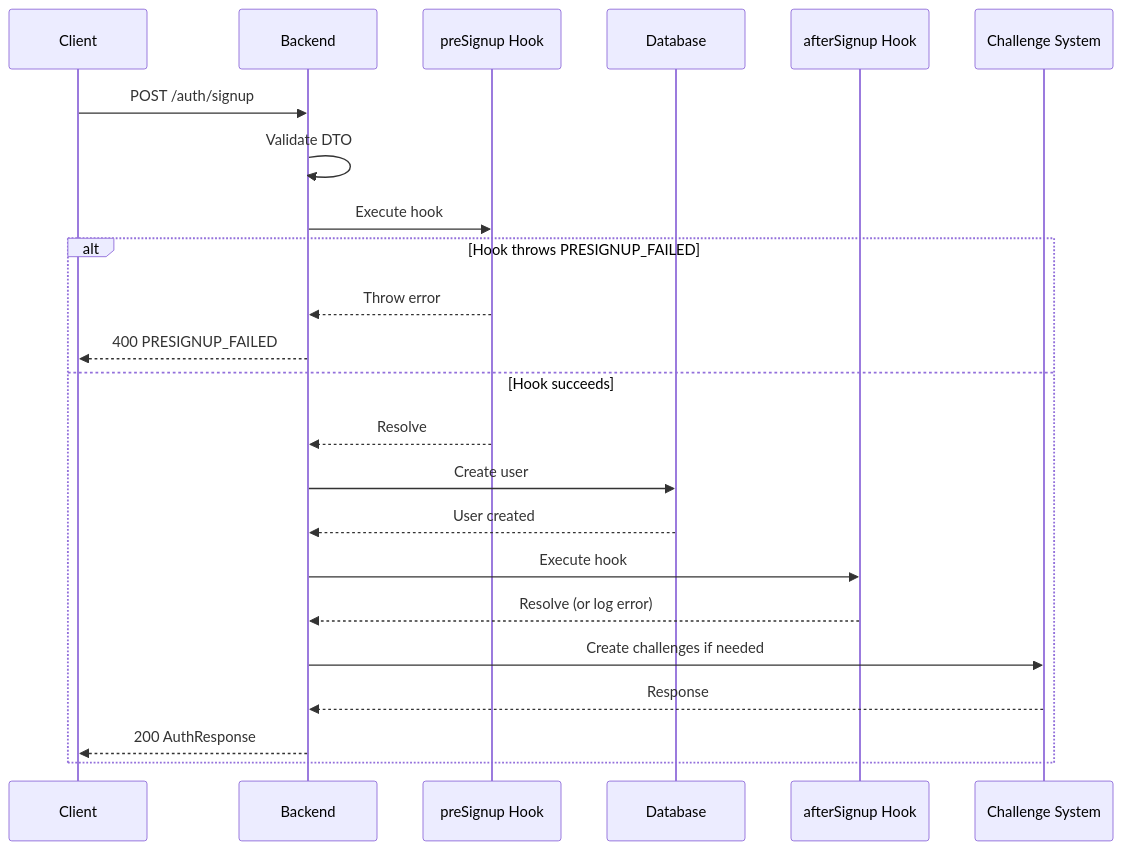
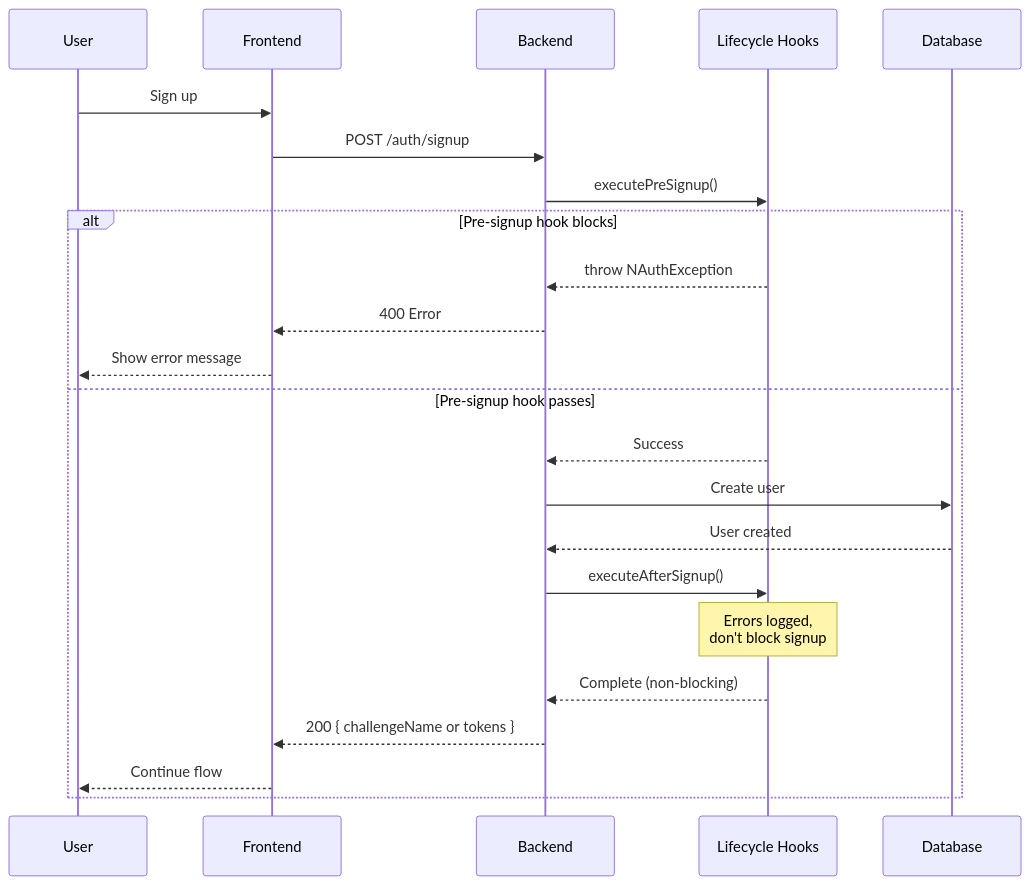
The diagram in nauth-docs/docs/features/lifecycle-hooks.md (noorixorg/nauth-toolkit), drawn with Mermaid before and after one commit. The commit also changed other lines of this file and 49 other files, not shown here.

Commit message:
feat: add lifecycle hooks for preSignup and afterSignup

````diff
--- a/nauth-docs/docs/features/lifecycle-hooks.md
+++ b/nauth-docs/docs/features/lifecycle-hooks.md
@@ -444,26 +28,27 @@
 ```mermaid
 sequenceDiagram
-    participant Client
+    participant User
+    participant Frontend
     participant Backend
-    participant preSignup as preSignup Hook
-    participant Database
-    participant afterSignup as afterSignup Hook
-    participant Challenge as Challenge System
+    participant Hooks as Lifecycle Hooks
+    participant DB as Database
 
-    Client->>Backend: POST /auth/signup
-    Backend->>Backend: Validate DTO
-    Backend->>preSignup: Execute hook
-    alt Hook throws PRESIGNUP_FAILED
-        preSignup-->>Backend: Throw error
-        Backend-->>Client: 400 PRESIGNUP_FAILED
-    else Hook succeeds
-        preSignup-->>Backend: Resolve
-        Backend->>Database: Create user
-        Database-->>Backend: User created
-        Backend->>afterSignup: Execute hook
-        afterSignup-->>Backend: Resolve (or log error)
-        Backend->>Challenge: Create challenges if needed
-        Challenge-->>Backend: Response
-        Backend-->>Client: 200 AuthResponse
+    User->>Frontend: Sign up
+    Frontend->>Backend: POST /auth/signup
+    Backend->>Hooks: executePreSignup()
+
+    alt Pre-signup hook blocks
+        Hooks-->>Backend: throw NAuthException
+        Backend-->>Frontend: 400 Error
+        Frontend-->>User: Show error message
+    else Pre-signup hook passes
+        Hooks-->>Backend: Success
+        Backend->>DB: Create user
+        DB-->>Backend: User created
+        Backend->>Hooks: executeAfterSignup()
+        Note over Hooks: Errors logged,<br/>don't block signup
+        Hooks-->>Backend: Complete (non-blocking)
+        Backend-->>Frontend: 200 { challengeName or tokens }
+        Frontend-->>User: Continue flow
     end
 ```
````
